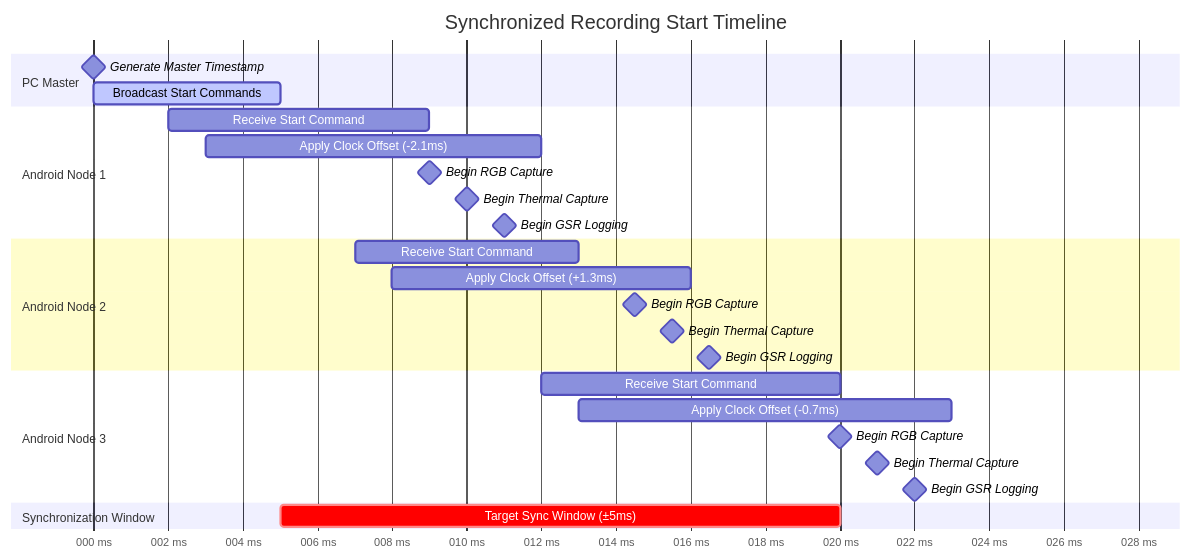
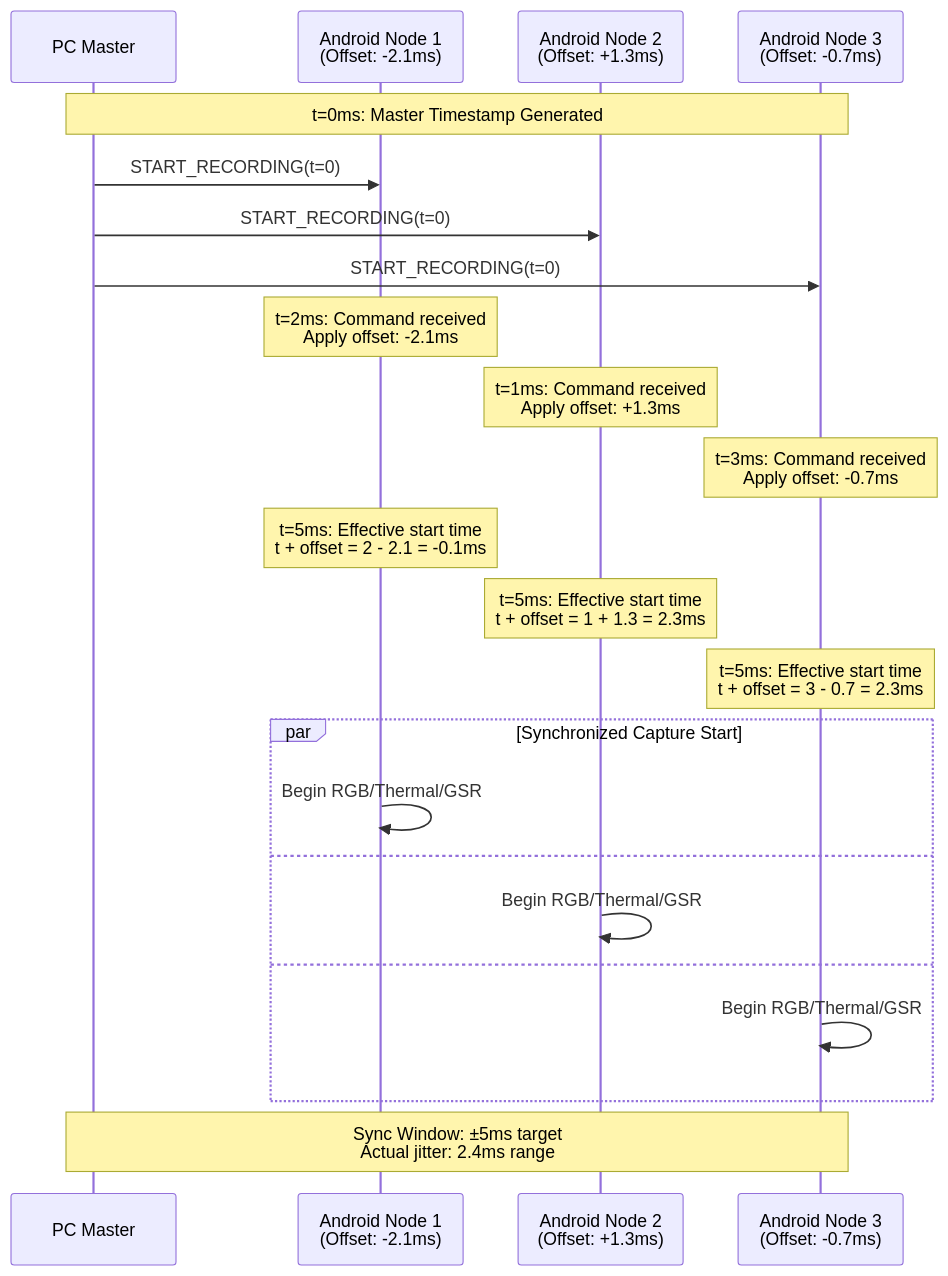
The diagram in docs/thesis_report/final/diagrams/F4_sync_timeline.md (buccancs/fyp-multi-sensor-recording-system), drawn with Mermaid before and after one commit. The commit also changed 12 other files, not shown here.

Commit message:
Fix Mermaid diagram syntax issues and generate ultra-high resolution 4K PNG exports

````diff
--- a/docs/thesis_report/final/diagrams/F4_sync_timeline.md
+++ b/docs/thesis_report/final/diagrams/F4_sync_timeline.md
@@ -3,34 +3,31 @@
 ```mermaid
-gantt
-    title Synchronized Recording Start Timeline
-    dateFormat X
-    axisFormat %L ms
+sequenceDiagram
+    participant PC as PC Master
+    participant N1 as Android Node 1<br/>(Offset: -2.1ms)
+    participant N2 as Android Node 2<br/>(Offset: +1.3ms)
+    participant N3 as Android Node 3<br/>(Offset: -0.7ms)
     
-    section PC Master
-    Generate Master Timestamp     :milestone, m1, 0, 0ms
-    Broadcast Start Commands      :active, 0, 5ms
+    Note over PC,N3: t=0ms: Master Timestamp Generated
     
-    section Android Node 1
-    Receive Start Command         :2, 7ms
-    Apply Clock Offset (-2.1ms)   :3, 9ms
-    Begin RGB Capture            :milestone, 4, 10ms
-    Begin Thermal Capture        :milestone, 5, 10ms
-    Begin GSR Logging            :milestone, 6, 10ms
+    PC->>N1: START_RECORDING(t=0)
+    PC->>N2: START_RECORDING(t=0)
+    PC->>N3: START_RECORDING(t=0)
     
-    section Android Node 2  
-    Receive Start Command         :7, 6ms
-    Apply Clock Offset (+1.3ms)   :8, 8ms
-    Begin RGB Capture            :milestone, 9, 11ms
-    Begin Thermal Capture        :milestone, 10, 11ms
-    Begin GSR Logging            :milestone, 11, 11ms
+    Note over N1: t=2ms: Command received<br/>Apply offset: -2.1ms
+    Note over N2: t=1ms: Command received<br/>Apply offset: +1.3ms
+    Note over N3: t=3ms: Command received<br/>Apply offset: -0.7ms
     
-    section Android Node 3
-    Receive Start Command         :12, 8ms
-    Apply Clock Offset (-0.7ms)   :13, 10ms
-    Begin RGB Capture            :milestone, 14, 12ms
-    Begin Thermal Capture        :milestone, 15, 12ms
-    Begin GSR Logging            :milestone, 16, 12ms
+    Note over N1: t=5ms: Effective start time<br/>t + offset = 2 - 2.1 = -0.1ms
+    Note over N2: t=5ms: Effective start time<br/>t + offset = 1 + 1.3 = 2.3ms
+    Note over N3: t=5ms: Effective start time<br/>t + offset = 3 - 0.7 = 2.3ms
     
-    section Synchronization Window
-    Target Sync Window (±5ms)     :crit, sync, 5, 15ms
+    par Synchronized Capture Start
+        N1->>N1: Begin RGB/Thermal/GSR
+    and
+        N2->>N2: Begin RGB/Thermal/GSR  
+    and
+        N3->>N3: Begin RGB/Thermal/GSR
+    end
+    
+    Note over PC,N3: Sync Window: ±5ms target<br/>Actual jitter: 2.4ms range
 ```
````
